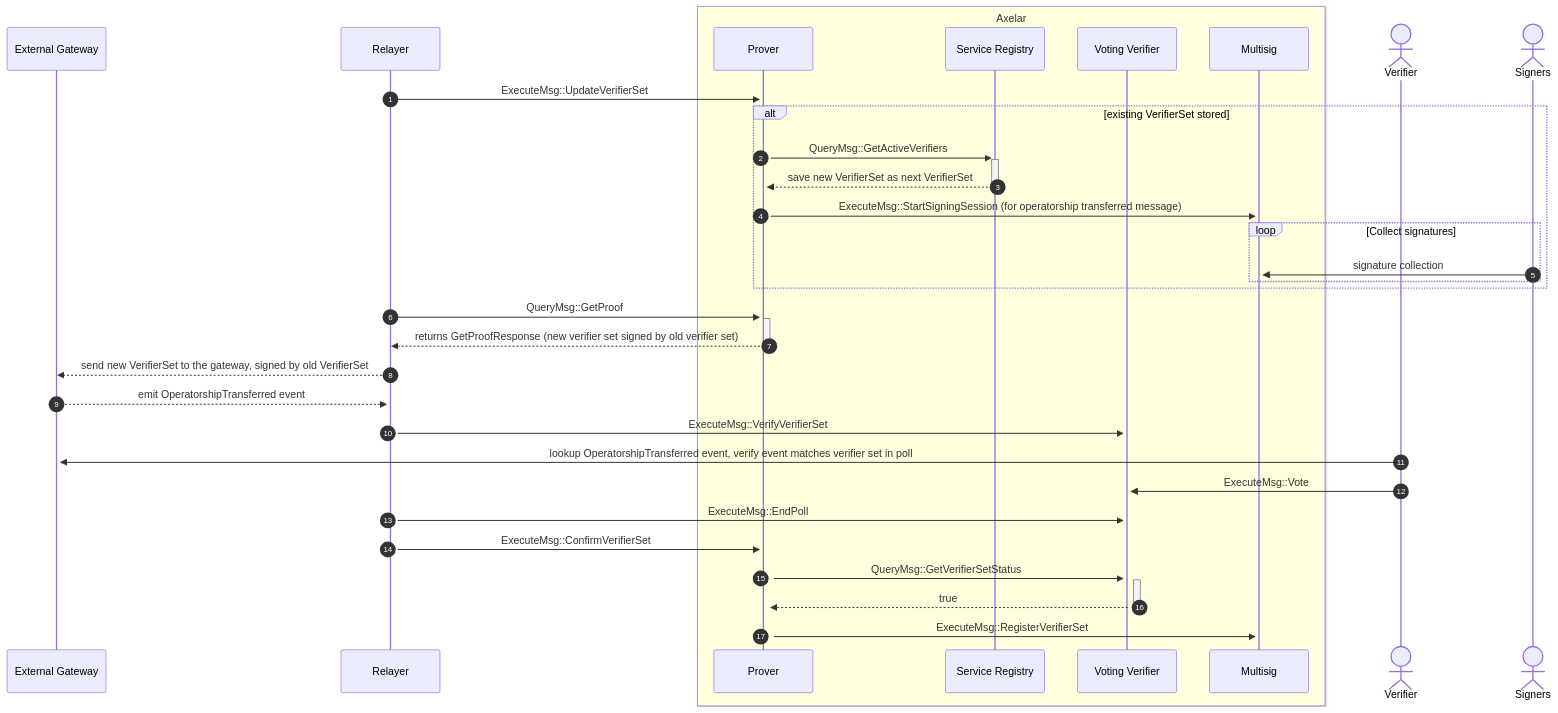
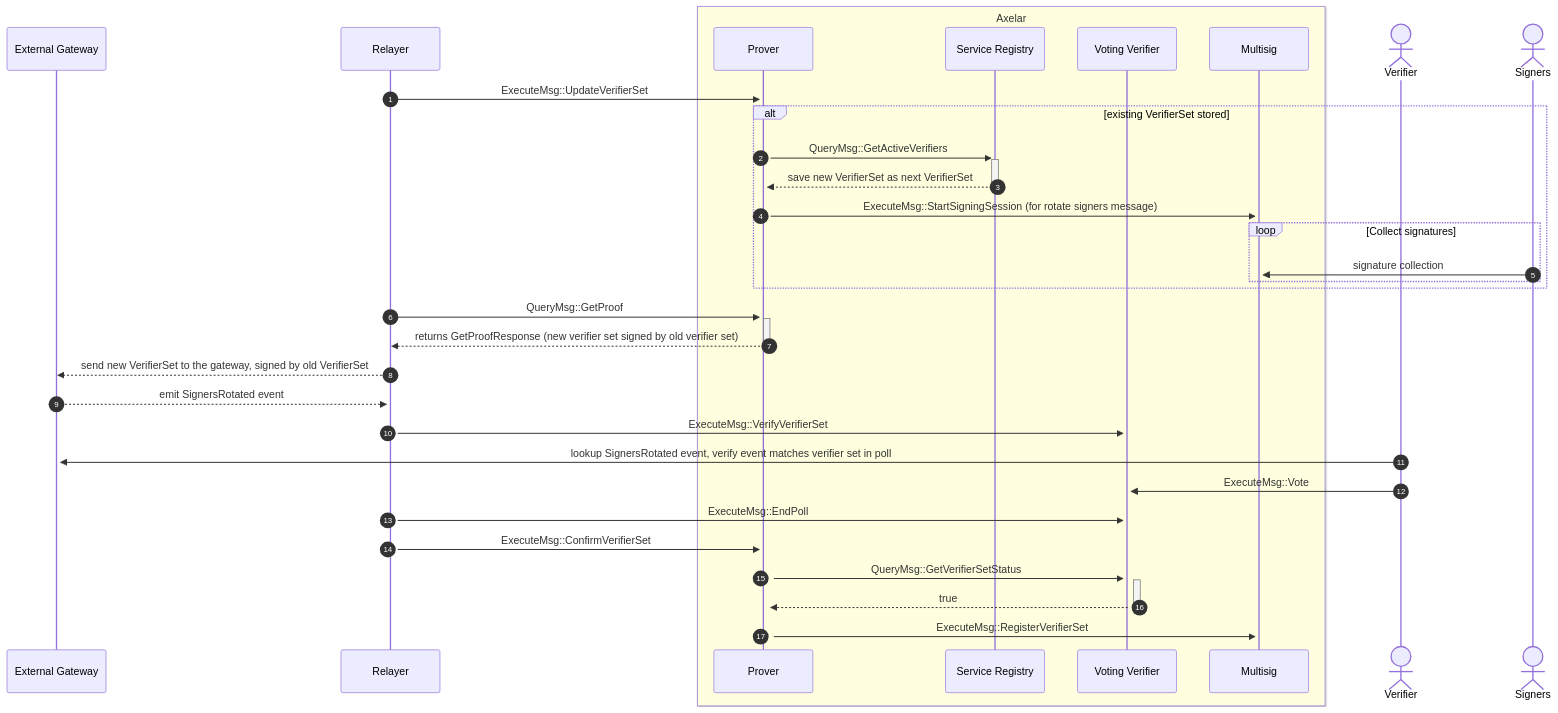
The fourth of 4 diagrams in doc/src/contracts/multisig_prover.md (axelarnetwork/axelar-amplifier), drawn with Mermaid before and after one commit. The commit also changed other lines of this file and 3 other files, not shown here.

````diff
--- a/doc/src/contracts/multisig_prover.md
+++ b/doc/src/contracts/multisig_prover.md
@@ -167,35 +162,35 @@
 ```mermaid
 sequenceDiagram
 autonumber
 participant External Gateway
 participant Relayer
 box LightYellow Axelar
 participant Prover
 participant Service Registry
 participant Voting Verifier
 participant Multisig
 end
 actor Verifier
 actor Signers
 Relayer->>+Prover: ExecuteMsg::UpdateVerifierSet
 alt existing VerifierSet stored
   Prover->>+Service Registry: QueryMsg::GetActiveVerifiers
   Service Registry-->>-Prover: save new VerifierSet as next VerifierSet
-  Prover->>+Multisig: ExecuteMsg::StartSigningSession (for operatorship transferred message)
+  Prover->>+Multisig: ExecuteMsg::StartSigningSession (for rotate signers message)
   loop Collect signatures
 	  Signers->>+Multisig: signature collection
   end
 end
 Relayer->>+Prover: QueryMsg::GetProof
 Prover-->>-Relayer: returns GetProofResponse (new verifier set signed by old verifier set)
 Relayer-->>External Gateway: send new VerifierSet to the gateway, signed by old VerifierSet
-External Gateway-->>+Relayer: emit OperatorshipTransferred event
+External Gateway-->>+Relayer: emit SignersRotated event
 Relayer->>+Voting Verifier: ExecuteMsg::VerifyVerifierSet
-Verifier->>+External Gateway: lookup OperatorshipTransferred event, verify event matches verifier set in poll
+Verifier->>+External Gateway: lookup SignersRotated event, verify event matches verifier set in poll
 Verifier->>+Voting Verifier: ExecuteMsg::Vote
 Relayer->>+Voting Verifier: ExecuteMsg::EndPoll
 Relayer->>+Prover: ExecuteMsg::ConfirmVerifierSet
 Prover->>+Voting Verifier: QueryMsg::GetVerifierSetStatus
 Voting Verifier-->>-Prover: true
 Prover->>+Multisig: ExecuteMsg::RegisterVerifierSet
 ```
````
